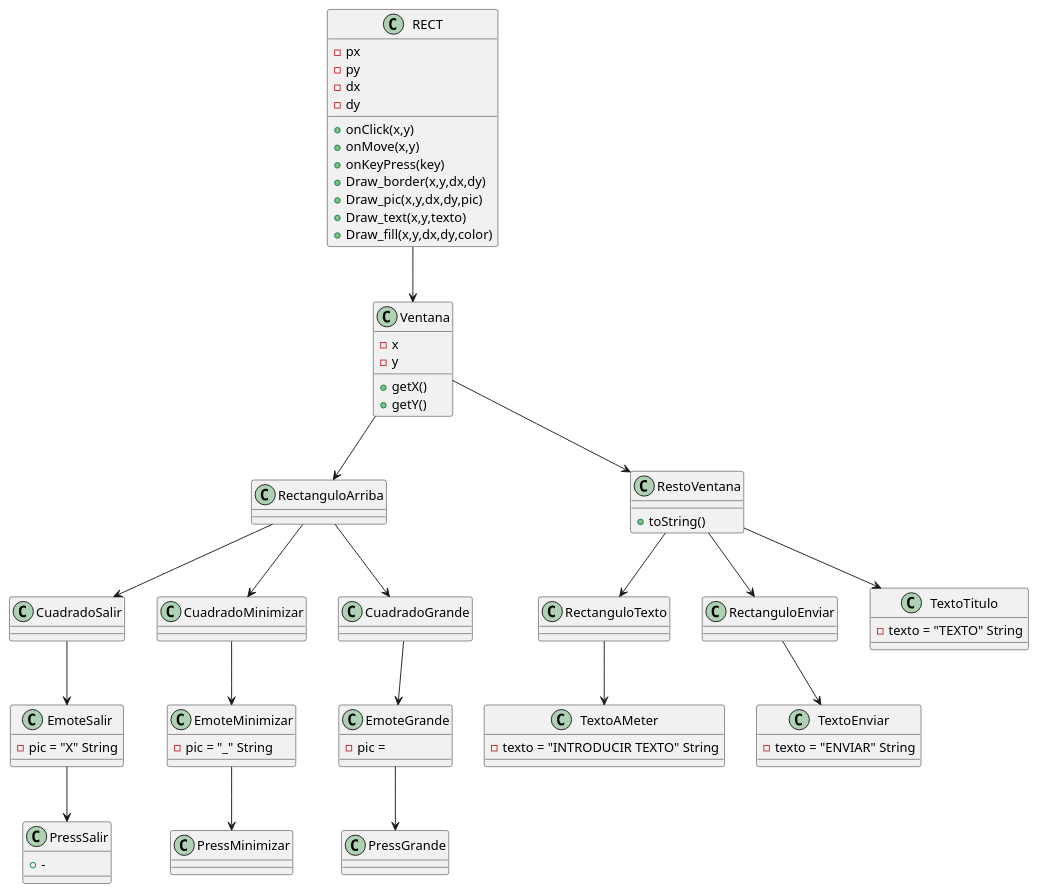
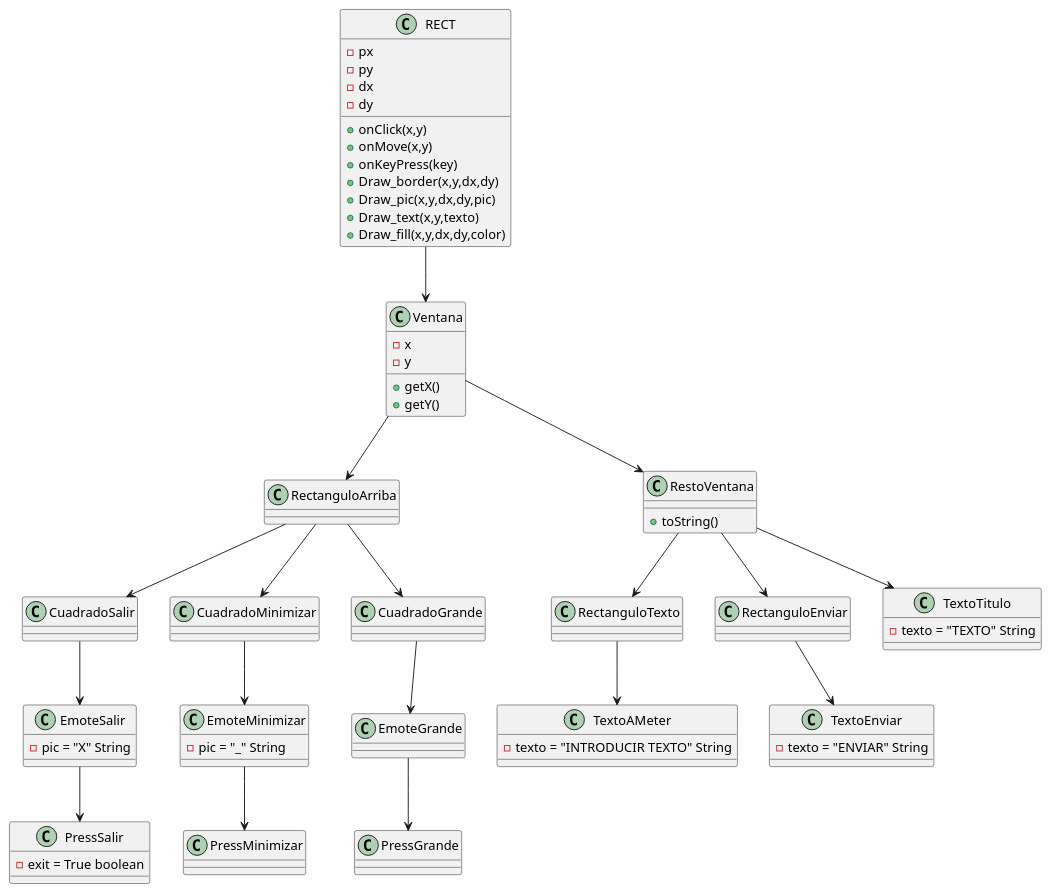
One commit to DaniLuVi/personal changed the diagram in diagrama/RECT.puml. Above: the diagram before and after it, drawn with PlantUML. The commit also changed 1 other file, not shown here.

```diff
--- a/diagrama/RECT.puml
+++ b/diagrama/RECT.puml
@@ -1,103 +1,102 @@
 @startuml
 'https://plantuml.com/class-diagram
 
 class RECT{
 - px
 - py
 - dx
 - dy
 + onClick(x,y)
 + onMove(x,y)
 + onKeyPress(key)
 + Draw_border(x,y,dx,dy)
 + Draw_pic(x,y,dx,dy,pic)
 + Draw_text(x,y,texto)
 + Draw_fill(x,y,dx,dy,color)
 }
 
 class Ventana{
 - x
 - y
 + getX()
 + getY()
 }
 
 class RectanguloArriba{
 
 
 }
 
 class RestoVentana{
 +toString()
 }
 
 class RectanguloTexto{
 }
 
 class TextoAMeter{
 - texto = "INTRODUCIR TEXTO" String
 }
 class RectanguloEnviar{
 }
 
 class TextoEnviar{
 - texto = "ENVIAR" String
 
 }
 
 class TextoTitulo{
 - texto = "TEXTO" String
 
 }
 class CuadradoSalir{
 }
 
 class EmoteSalir{
 - pic = "X" String
 }
 
 class EmoteMinimizar{
 - pic = "_" String
 }
 
 class EmoteGrande{
-- pic =
 }
 class CuadradoMinimizar{
 }
 
 class CuadradoGrande{
 }
 
 class PressSalir{
-+ -
+- exit = True boolean
 }
 
 class PressMinimizar{
 
 }
 
 class PressGrande{
 
 }
 
 
 RECT  --> Ventana
 Ventana --> RectanguloArriba
 Ventana --> RestoVentana
 RectanguloArriba --> CuadradoSalir
 RectanguloArriba --> CuadradoMinimizar
 RectanguloArriba --> CuadradoGrande
 RestoVentana --> RectanguloTexto
 RestoVentana --> RectanguloEnviar
 RestoVentana --> TextoTitulo
 CuadradoSalir --> EmoteSalir
 CuadradoMinimizar --> EmoteMinimizar
 CuadradoGrande --> EmoteGrande
 EmoteSalir --> PressSalir
 EmoteMinimizar --> PressMinimizar
 EmoteGrande --> PressGrande
 RectanguloTexto --> TextoAMeter
 RectanguloEnviar --> TextoEnviar
 
 @enduml
```
